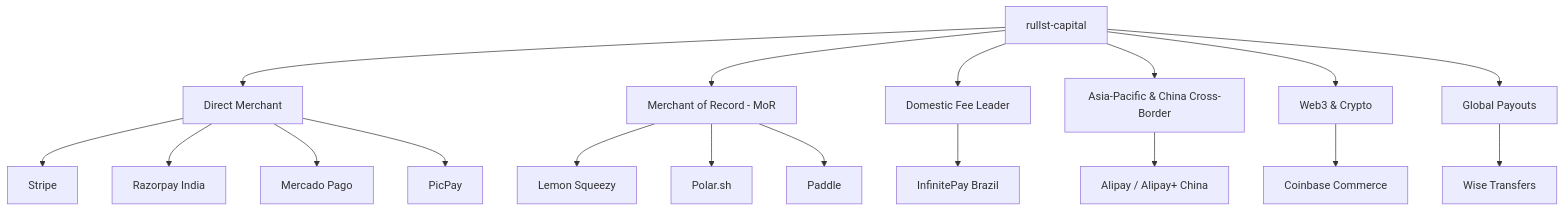
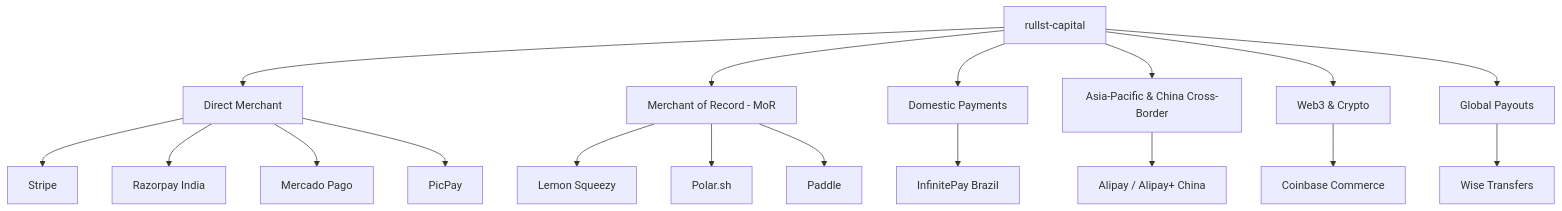
One commit to Rullst/Rullst changed the diagram in docs/src/payment-gateways-guide.md. Above: the diagram before and after it, drawn with Mermaid. The commit also changed other lines of this file and 195 other files, not shown here.

````diff
--- a/docs/src/payment-gateways-guide.md
+++ b/docs/src/payment-gateways-guide.md
@@ -11,23 +15,23 @@
 ```mermaid
 graph TD
     Capital[rullst-capital] --> Direct[Direct Merchant]
     Capital --> MoR[Merchant of Record - MoR]
-    Capital --> Domestic[Domestic Fee Leader]
+    Capital --> Domestic[Domestic Payments]
     Capital --> APAC[Asia-Pacific & China Cross-Border]
     Capital --> Crypto[Web3 & Crypto]
     Capital --> Payouts[Global Payouts]
 
     Direct --> Stripe[Stripe]
     Direct --> Razorpay[Razorpay India]
     Direct --> MercadoPago[Mercado Pago]
     Direct --> PicPay[PicPay]
 
     MoR --> LemonSqueezy[Lemon Squeezy]
     MoR --> Polar[Polar.sh]
     MoR --> Paddle[Paddle]
 
     Domestic --> InfinitePay[InfinitePay Brazil]
     APAC --> Alipay[Alipay / Alipay+ China]
     Crypto --> Coinbase[Coinbase Commerce]
     Payouts --> Wise[Wise Transfers]
 ```
````
